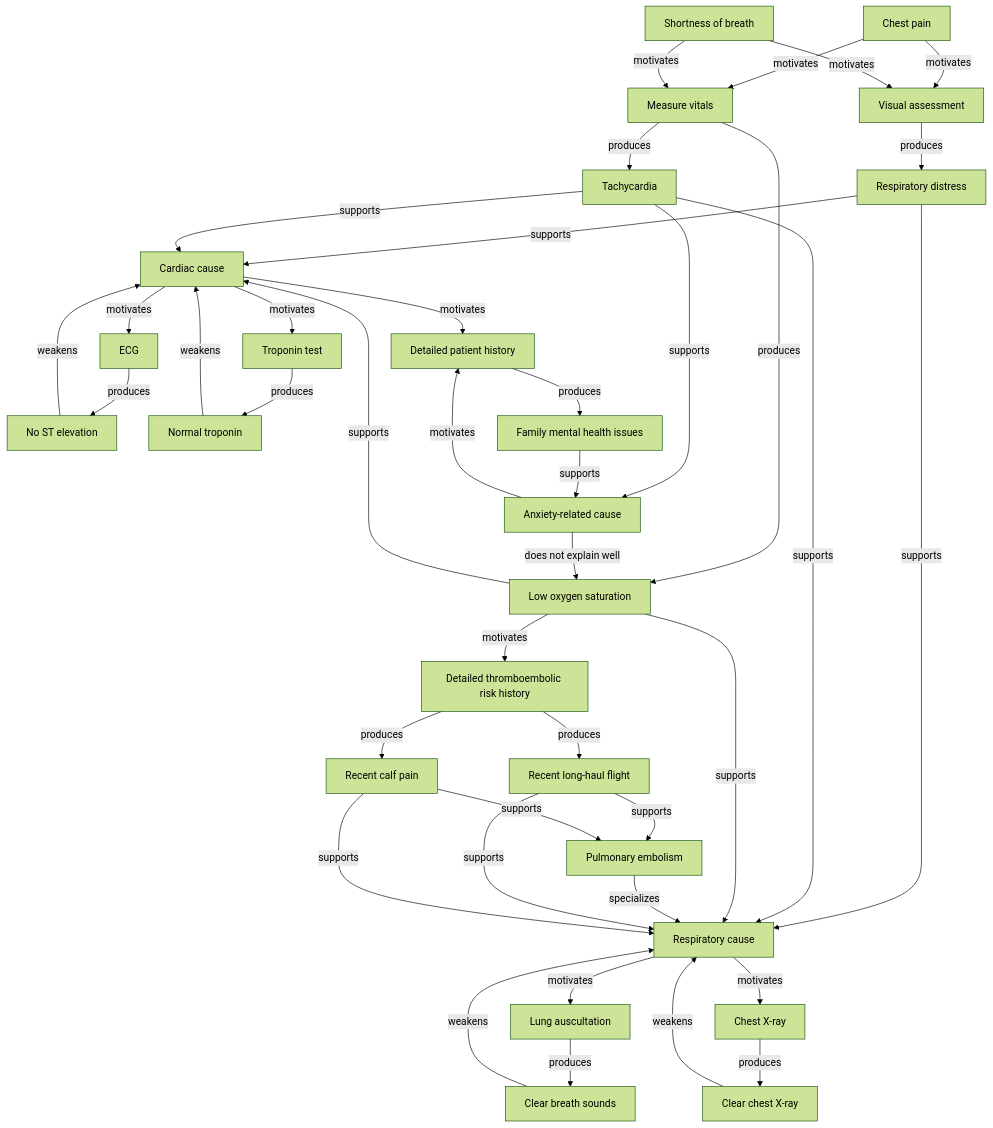
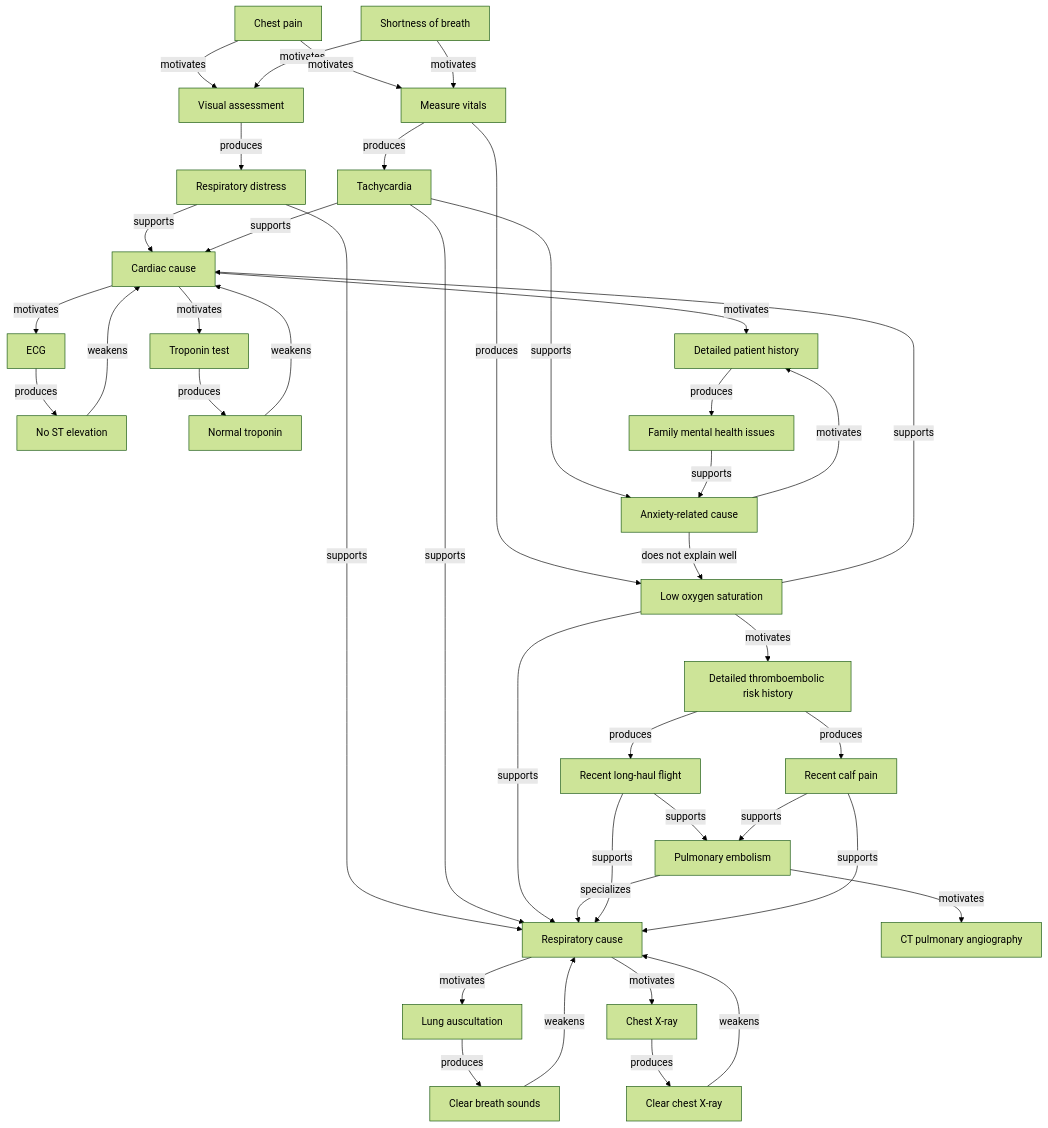
Before and after one commit to kahunacohen/why: the diagram in diagrams/medical.mmd, drawn with Mermaid (forest theme).

```diff
--- a/diagrams/medical.mmd
+++ b/diagrams/medical.mmd
@@ -1,138 +1,140 @@
 flowchart TD
 
 %% =====================================================
 %% Initial presentation
 %% =====================================================
 
 C1["Chest pain"]
 C2["Shortness of breath"]
 
 %% =====================================================
 %% Initial investigation
 %% =====================================================
 
 A1["Visual assessment"]
 A2["Measure vitals"]
 
 C1 -->|motivates| A1
 C2 -->|motivates| A1
 
 C1 -->|motivates| A2
 C2 -->|motivates| A2
 
 %% =====================================================
 %% Initial observations
 %% =====================================================
 
 O1["Respiratory distress"]
 O2["Tachycardia"]
 O3["Low oxygen saturation"]
 
 A1 -->|produces| O1
 
 A2 -->|produces| O2
 A2 -->|produces| O3
 
 %% =====================================================
 %% Initial hypotheses
 %% =====================================================
 
 H1["Respiratory cause"]
 H2["Cardiac cause"]
 H3["Anxiety-related cause"]
 
 O1 -->|supports| H1
 O1 -->|supports| H2
 
 O2 -->|supports| H1
 O2 -->|supports| H2
 O2 -->|supports| H3
 
 O3 -->|supports| H1
 O3 -->|supports| H2
 
 %% =====================================================
 %% Follow-up actions
 %% =====================================================
 
 A3["ECG"]
 A4["Troponin test"]
 
 A5["Lung auscultation"]
 A6["Chest X-ray"]
 
 A7["Detailed patient history"]
 
 H2 -->|motivates| A3
 H2 -->|motivates| A4
 
 H1 -->|motivates| A5
 H1 -->|motivates| A6
 
 H2 -->|motivates| A7
 H3 -->|motivates| A7
 
 %% =====================================================
 %% Follow-up observations
 %% =====================================================
 
 O4["No ST elevation"]
 O6["Normal troponin"]
 
 O7["Clear chest X-ray"]
 O8["Clear breath sounds"]
 
 O5["Family mental health issues"]
 
 A3 -->|produces| O4
 A4 -->|produces| O6
 
 A6 -->|produces| O7
 A5 -->|produces| O8
 
 A7 -->|produces| O5
 
 %% =====================================================
 %% Evidence updates hypotheses
 %% =====================================================
 
 O4 -->|weakens| H2
 O6 -->|weakens| H2
 
 O7 -->|weakens| H1
 O8 -->|weakens| H1
 
 O5 -->|supports| H3
 
 %% =====================================================
 %% Unexplained low oxygen saturation
 %% =====================================================
 
 A8["Detailed thromboembolic risk history"]
 
 H3 -->|does not explain well| O3
 O3 -->|motivates| A8
 
 %% =====================================================
 %% Additional risk-factor observations
 %% =====================================================
 
 O9["Recent long-haul flight"]
 O10["Recent calf pain"]
 
 A8 -->|produces| O9
 A8 -->|produces| O10
 
 %% =====================================================
 %% Refined hypothesis
 %% =====================================================
 
 H4["Pulmonary embolism"]
 
 H4 -->|specializes| H1
 
 O9 -->|supports| H1
 O10 -->|supports| H1
 
 O9 -->|supports| H4
 O10 -->|supports| H4
+A9["CT pulmonary angiography"]
+H4 --> |motivates| A9
```
